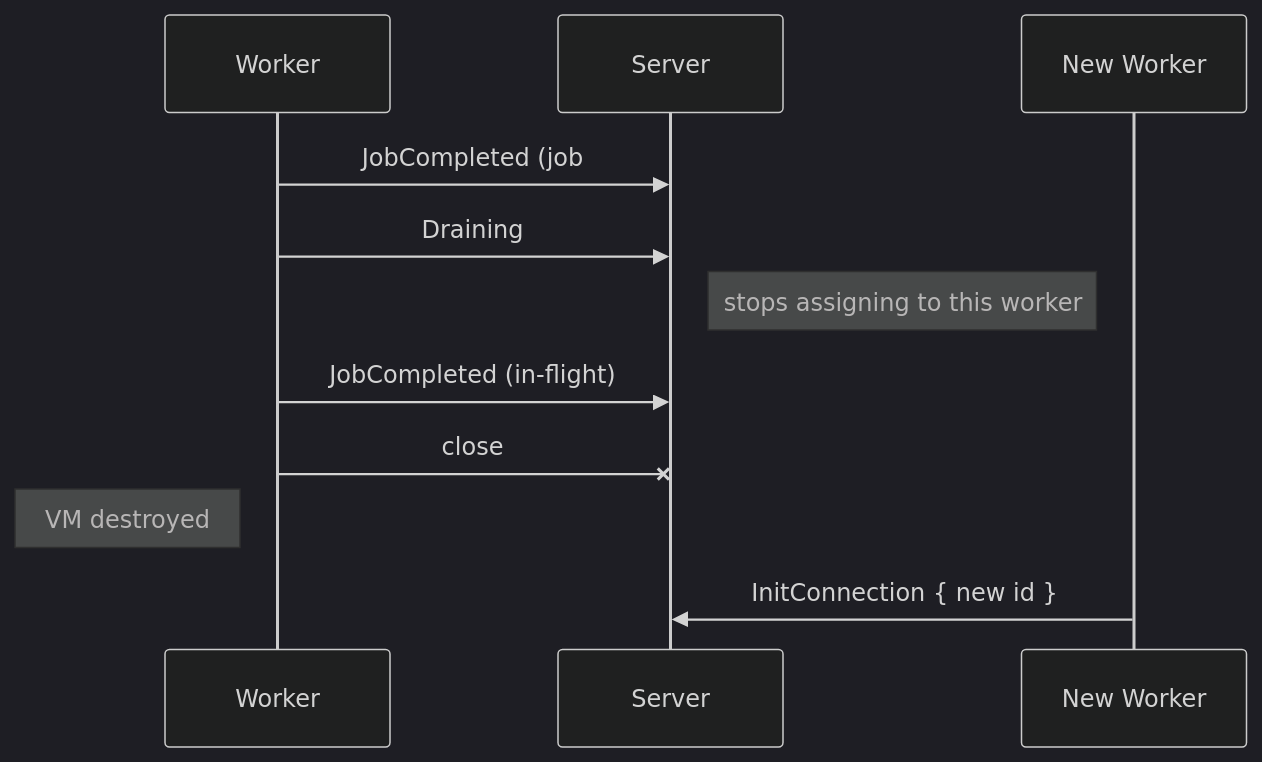
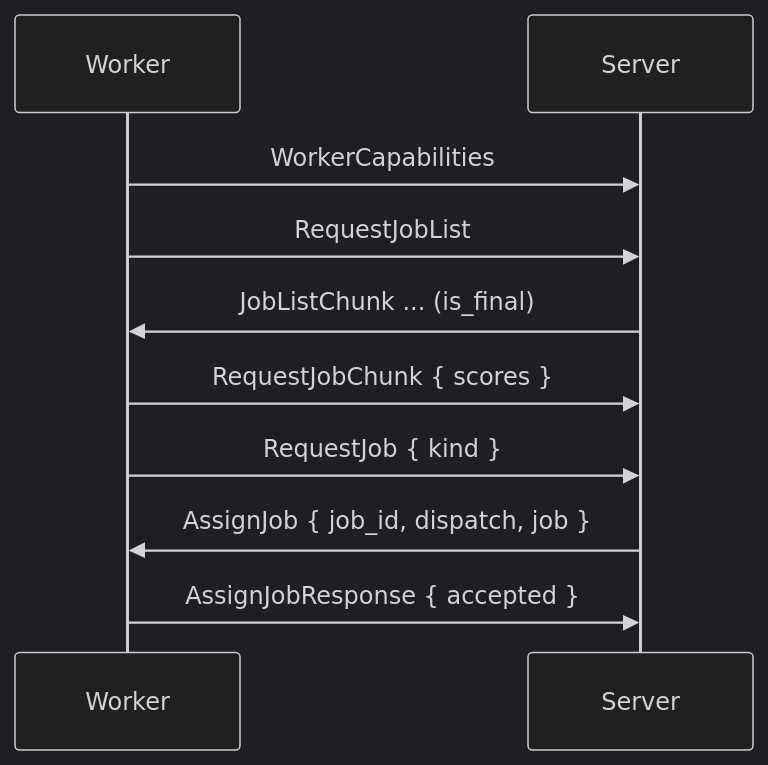
The diagram in docs/src/contributors/proto/capabilities-and-dispatch.md (wavelens/gradient), drawn with Mermaid (dark theme) before and after one commit. The commit also changed other lines of this file and 6 other files, not shown here.

````diff
--- a/docs/src/contributors/proto/capabilities-and-dispatch.md
+++ b/docs/src/contributors/proto/capabilities-and-dispatch.md
@@ -96,15 +5,12 @@
 ```mermaid
 sequenceDiagram
     participant W as Worker
     participant S as Server
-
-    W->>S: JobCompleted (job #20)
-    W->>S: Draining
-    Note right of S: stops assigning to this worker
-    W->>S: JobCompleted (in-flight)
-    W-xS: close
-    Note left of W: VM destroyed
-
-    participant W2 as New Worker
-    W2->>S: InitConnection { new id }
+    W->>S: WorkerCapabilities
+    W->>S: RequestJobList
+    S->>W: JobListChunk ... (is_final)
+    W->>S: RequestJobChunk { scores }
+    W->>S: RequestJob { kind }
+    S->>W: AssignJob { job_id, dispatch, job }
+    W->>S: AssignJobResponse { accepted }
 ```
````
